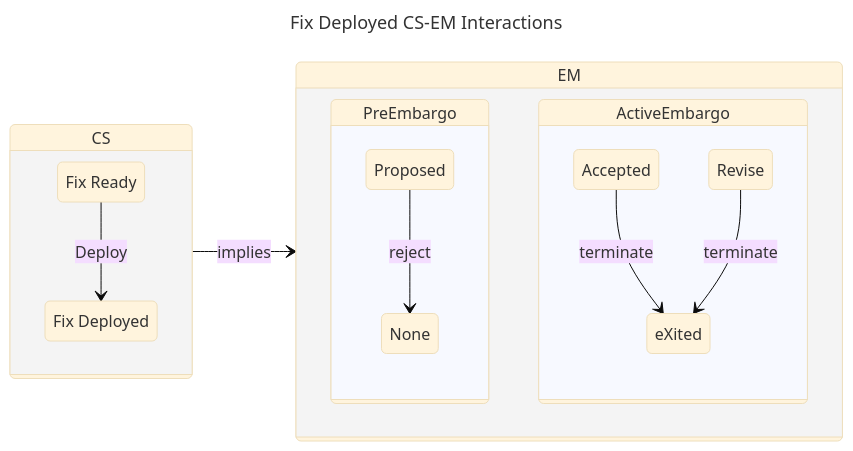
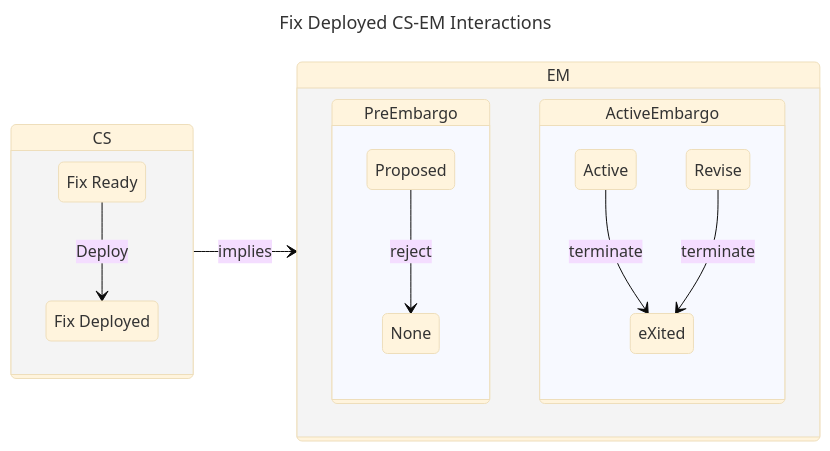
Before and after one commit to CERTCC/Vultron: the fifth of 9 diagrams in docs/topics/process_models/model_interactions/rm_em_cs.md, drawn with Mermaid (base theme). The commit also changed other lines of this file and 44 other files, not shown here.

````diff
--- a/docs/topics/process_models/model_interactions/rm_em_cs.md
+++ b/docs/topics/process_models/model_interactions/rm_em_cs.md
@@ -232,23 +237,23 @@
 ```mermaid
 ---
 title: Fix Deployed CS-EM Interactions
 ---
 stateDiagram-v2
     direction LR
     state CS {
         VFd: Fix Ready
         VFD: Fix Deployed
-        
+
         VFd --> VFD : Deploy
     }
     state EM {
-        state PreEmbargo{ 
+        state PreEmbargo{
             Proposed --> None: reject
         }
         state ActiveEmbargo {
-            Accepted --> eXited: terminate
+            Active --> eXited: terminate
             Revise --> eXited: terminate
         }
     }
     CS --> EM: implies
 ```
````
